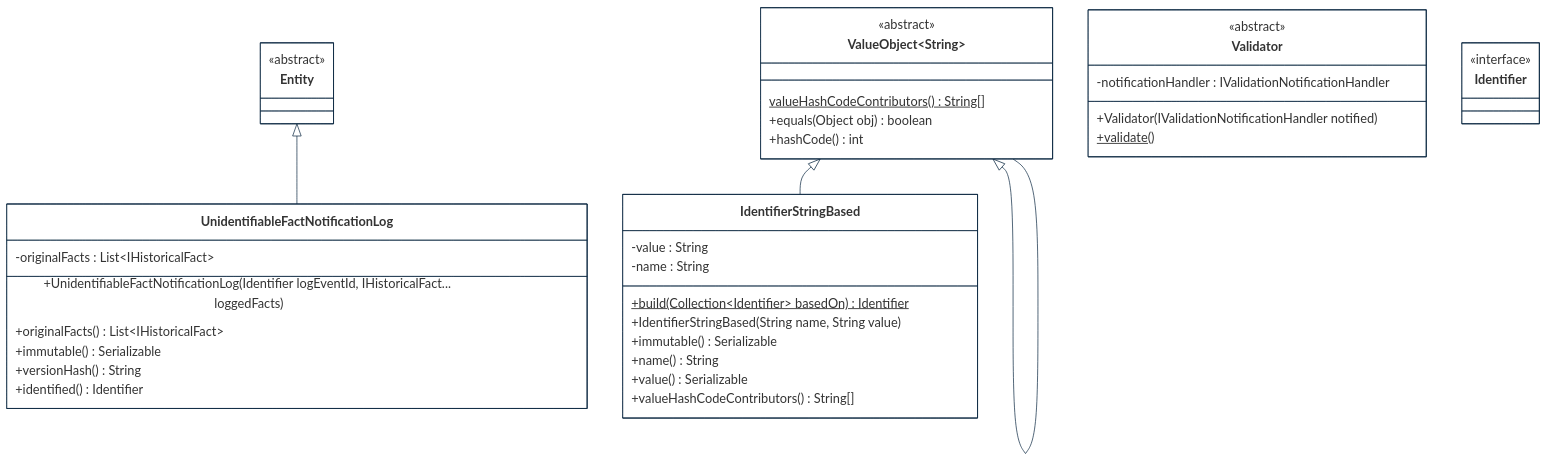
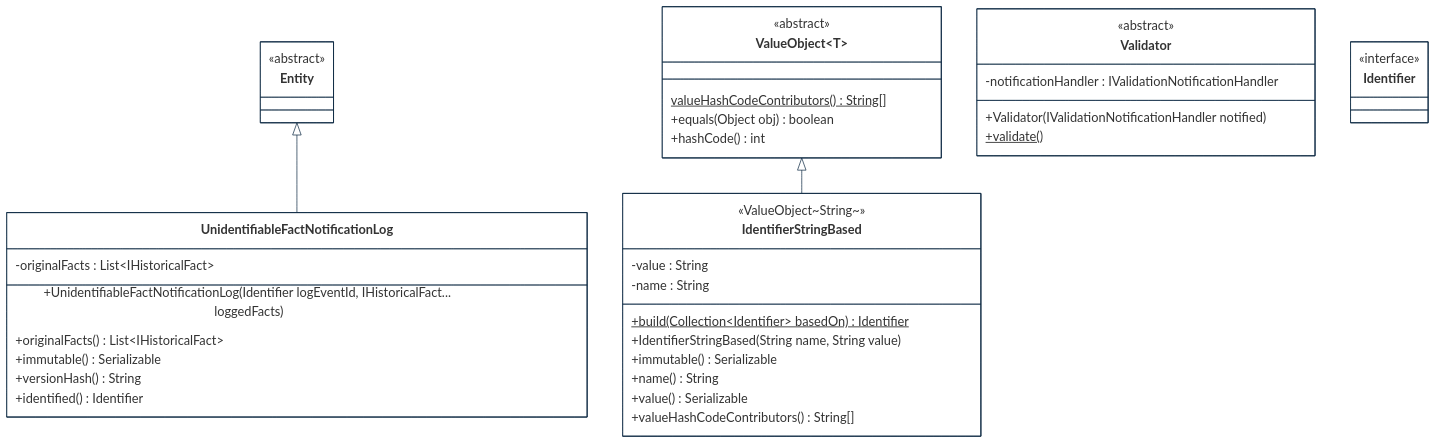
Before and after one commit to cybnity/foundation: the third of 8 diagrams in implementations-line/framework/domain/designview-packages.md, drawn with Mermaid.

````diff
--- a/implementations-line/framework/domain/designview-packages.md
+++ b/implementations-line/framework/domain/designview-packages.md
@@ -157,61 +157,61 @@
 ```mermaid
 %%{
   init: {
     'theme': 'base',
     'themeVariables': {
         'background': '#ffffff',
         'fontFamily': 'arial',
         'fontSize': '18px',
         'primaryColor': '#fff',
         'primaryBorderColor': '#0e2a43',
         'secondaryBorderColor': '#0e2a43',
         'tertiaryBorderColor': '#0e2a43',
         'edgeLabelBackground':'#0e2a43',
         'lineColor': '#0e2a43',
         'tertiaryColor': '#fff'
     }
   }
 }%%
 classDiagram
     Entity <|-- UnidentifiableFactNotificationLog
-    ValueObject~String~ <|-- IdentifierStringBased
-    ValueObject~T~ <|-- ValueObject~String~
+    ValueObject~T~ <|-- IdentifierStringBased
 
     class UnidentifiableFactNotificationLog {
         -originalFacts : List~IHistoricalFact~
         +UnidentifiableFactNotificationLog(Identifier logEventId, IHistoricalFact... loggedFacts)
         +originalFacts() List~IHistoricalFact~
         +immutable() Serializable
         +versionHash() String
         +identified() Identifier
     }
     class Entity {
         <<abstract>>
     }
     class Validator {
         <<abstract>>
         -notificationHandler : IValidationNotificationHandler
         +Validator(IValidationNotificationHandler notified)
         +validate()$
     }
     class Identifier {
         <<interface>>
     }
     class IdentifierStringBased {
+        <<ValueObject~String~>>
         -value : String
         -name : String
         +build(Collection~Identifier~ basedOn)$ Identifier
         +IdentifierStringBased(String name, String value)
         +immutable() Serializable
         +name() String
         +value() Serializable
         +valueHashCodeContributors() String[]
     }
     class ValueObject~T~ {
         <<abstract>>
         valueHashCodeContributors()$ String[]
         +equals(Object obj) boolean
         +hashCode() int
     }
 
 ```
````
